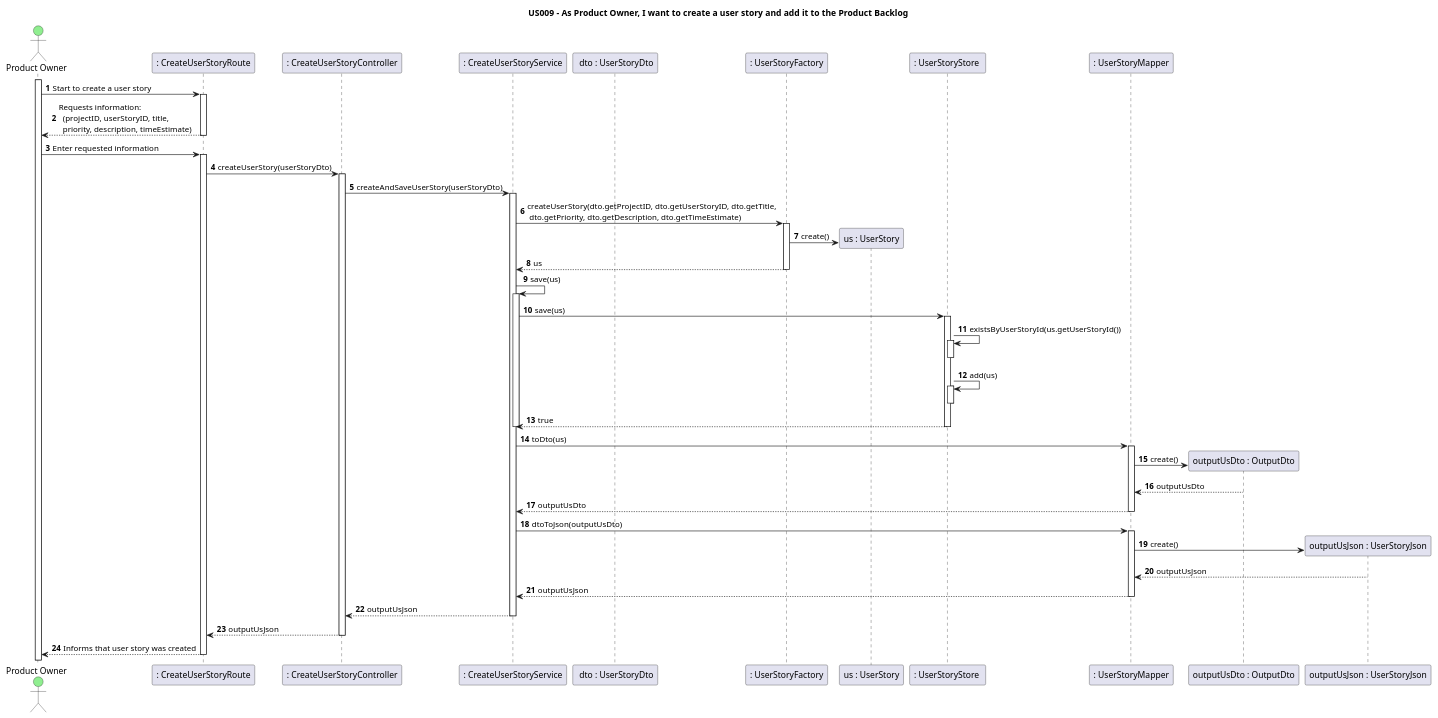
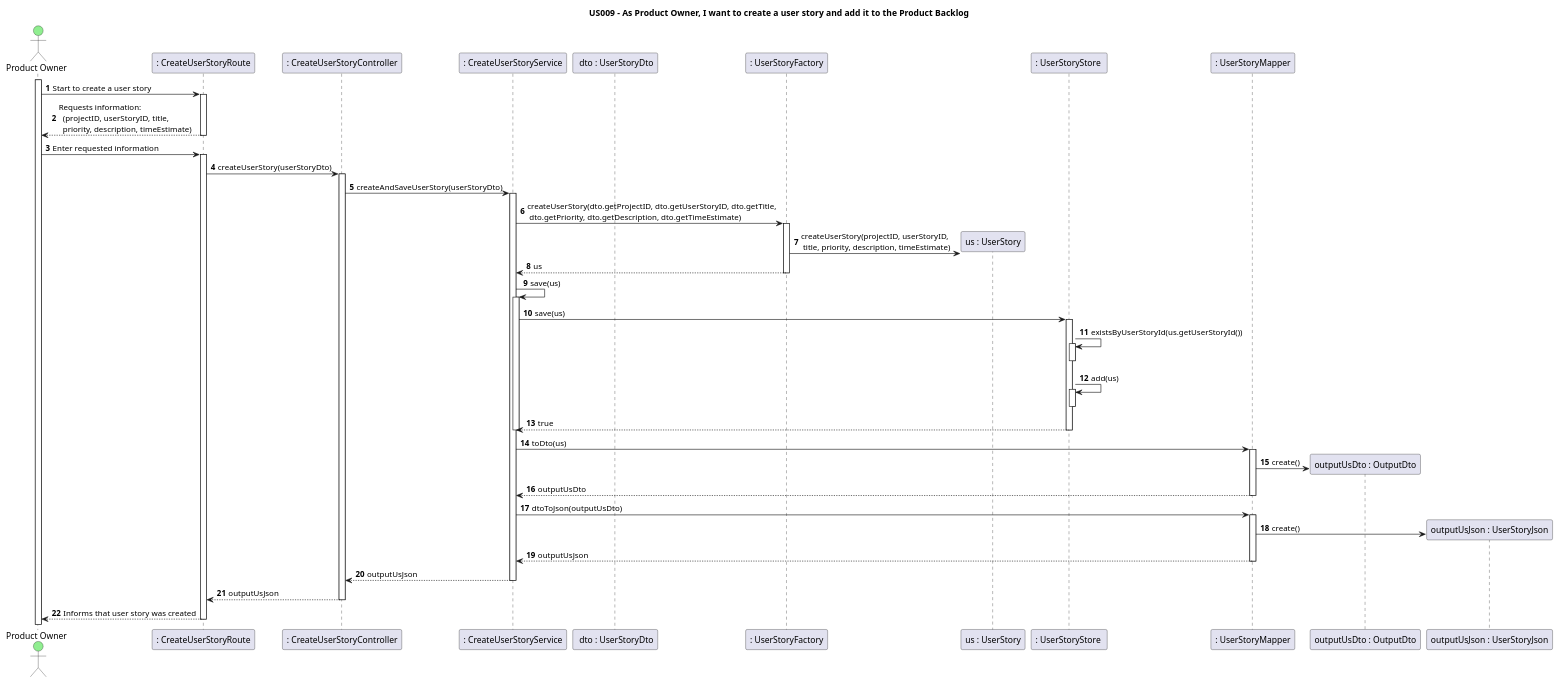
The diagram in docs/Sprint1/US009/US009RE-SD_3Json.puml (nunogon1211787/projectManagement), drawn with PlantUML before and after one commit. The commit also changed 32 other files, not shown here.

Commit message:
US009 - Refactor DS | Include DTO, Mapper, factory and service US009 - Implement UserStoryService US009 - Implement OutputUsDTO US009: Refactoring: CreateUserStoryController, class UserStory, UserStoryStore, UserStoryDTO (resolve #137)  (resolve #139)  (resolve #140)  (resolve #141)

```diff
--- a/docs/Sprint1/US009/US009RE-SD_3Json.puml
+++ b/docs/Sprint1/US009/US009RE-SD_3Json.puml
@@ -1,54 +1,53 @@
 @startuml
 'https://plantuml.com/sequence-diagram
 
 title US009 - As Product Owner, I want to create a user story and add it to the Product Backlog
 
 autoactivate on
 autonumber
 
 actor "Product Owner" as User #lightgreen
 participant ": CreateUserStoryRoute" as System
 participant ": CreateUserStoryController" as Ctrl
 participant ": CreateUserStoryService" as appService
 participant " dto : UserStoryDto" as usDto
 participant ": UserStoryFactory" as factory
 participant "us : UserStory" as us
 participant ": UserStoryStore " as usStore
 participant ": UserStoryMapper" as usMapper
 participant "outputUsDto : OutputDto" as outDto
 participant "outputUsJson : UserStoryJson" as outJson
 
 
 activate User
 
 
 User -> System: Start to create a user story
 System --> User : Requests information: \n  (projectID, userStoryID, title, \n  priority, description, timeEstimate)
 User -> System: Enter requested information
 System -> Ctrl: createUserStory(userStoryDto)
 Ctrl -> appService: createAndSaveUserStory(userStoryDto)
 appService -> factory:  createUserStory(dto.getProjectID, dto.getUserStoryID, dto.getTitle,\n dto.getPriority, dto.getDescription, dto.getTimeEstimate)
-factory -> us **: create()
+factory -> us **: createUserStory(projectID, userStoryID, \n title, priority, description, timeEstimate)
 factory --> appService: us
 appService -> appService: save(us)
 
 appService-> usStore: save(us)
 usStore-> usStore: existsByUserStoryId(us.getUserStoryId())
 deactivate
 usStore-> usStore: add(us)
 deactivate
 usStore --> appService : true
 deactivate
 appService-> usMapper : toDto(us)
 usMapper-> outDto **:create()
-outDto-->usMapper: outputUsDto
 usMapper --> appService: outputUsDto
 appService -> usMapper: dtoToJson(outputUsDto)
 usMapper-> outJson **:create()
-outJson-->usMapper: outputUsJson
+
 usMapper --> appService: outputUsJson
 appService --> Ctrl: outputUsJson
 Ctrl-->System: outputUsJson
 System--> User: Informs that user story was created
 
 @enduml
```
